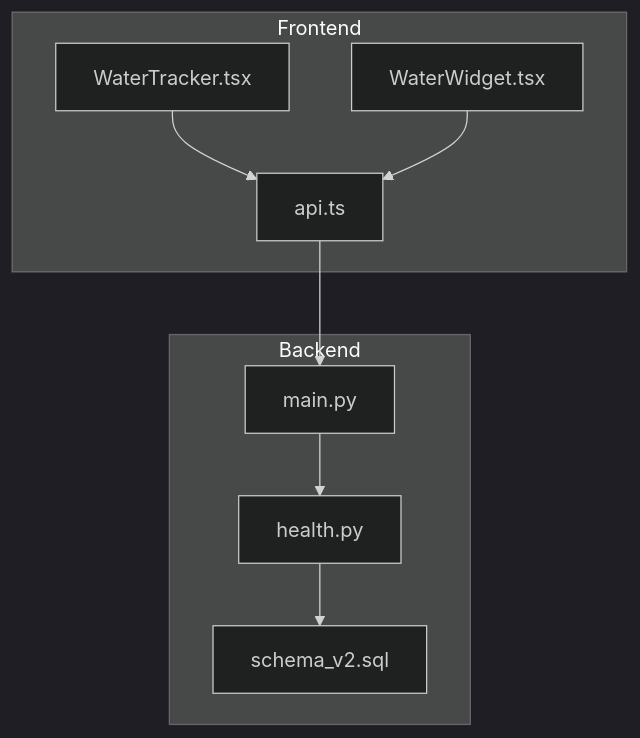
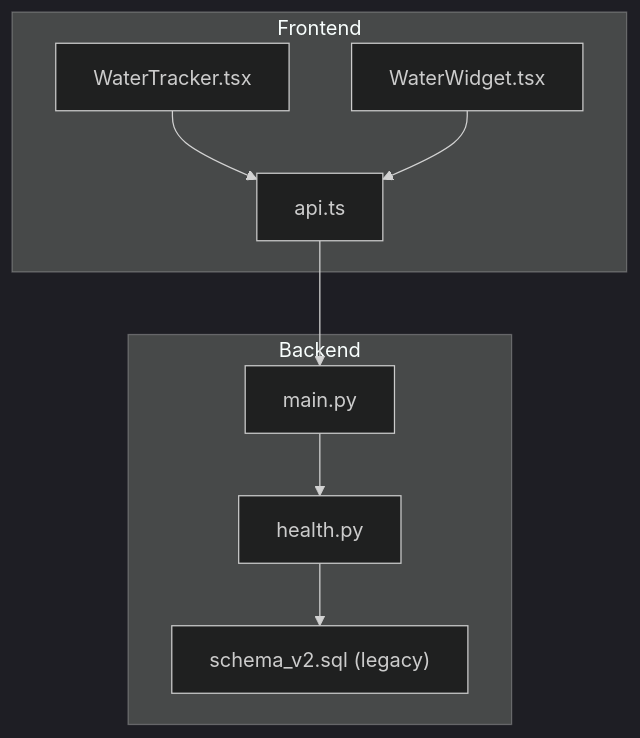
Before and after one commit to nilsnavi/fit_trackerpro: the first of 4 diagrams in .qoder/repowiki/en/content/Feature Implementation/Health Monitoring System/Hydration Tracking.md, drawn with Mermaid (dark theme). The commit also changed other lines of this file and 18 other files, not shown here.

First line of the commit message:
docs(db): закрепить единый source of truth схемы

````diff
--- a/.qoder/repowiki/en/content/Feature Implementation/Health Monitoring System/Hydration Tracking.md
+++ b/.qoder/repowiki/en/content/Feature Implementation/Health Monitoring System/Hydration Tracking.md
@@ -33,18 +33,18 @@
 ```mermaid
 graph TB
 subgraph "Frontend"
 WT["WaterTracker.tsx"]
 WW["WaterWidget.tsx"]
 API["api.ts"]
 end
 subgraph "Backend"
 MAIN["main.py"]
 HEALTH["health.py"]
-DB["schema_v2.sql"]
+DB["schema_v2.sql (legacy)"]
 end
 WT --> API
 WW --> API
 API --> MAIN
 MAIN --> HEALTH
 HEALTH --> DB
 ```
````
